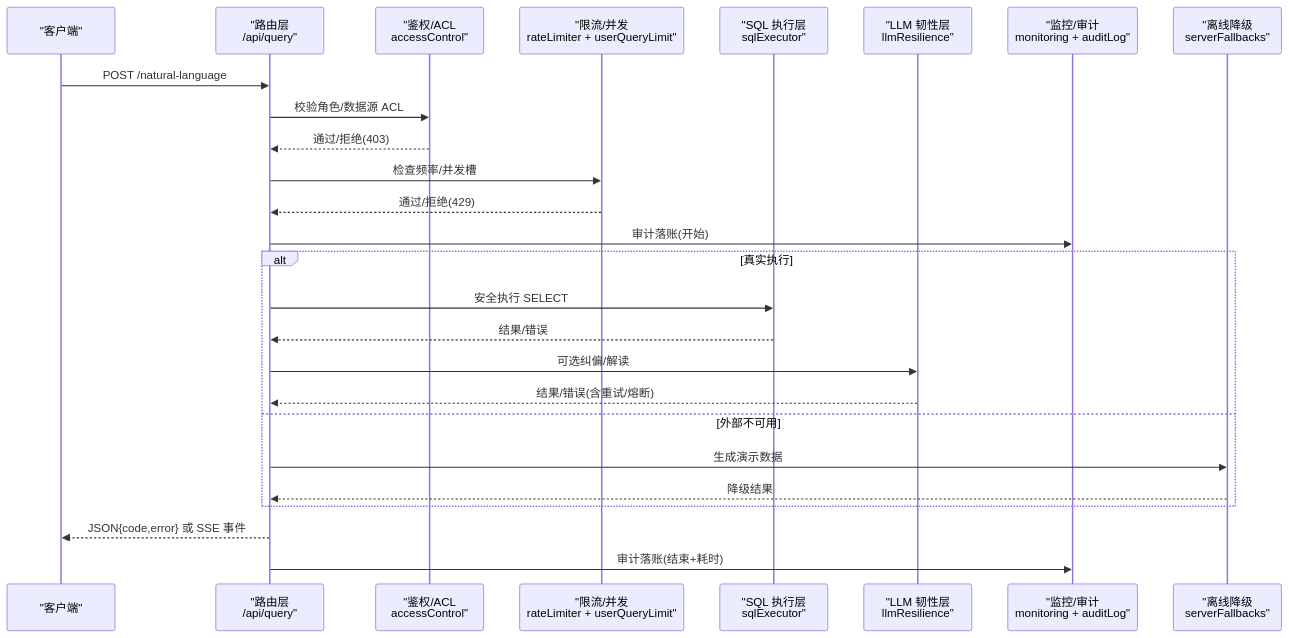
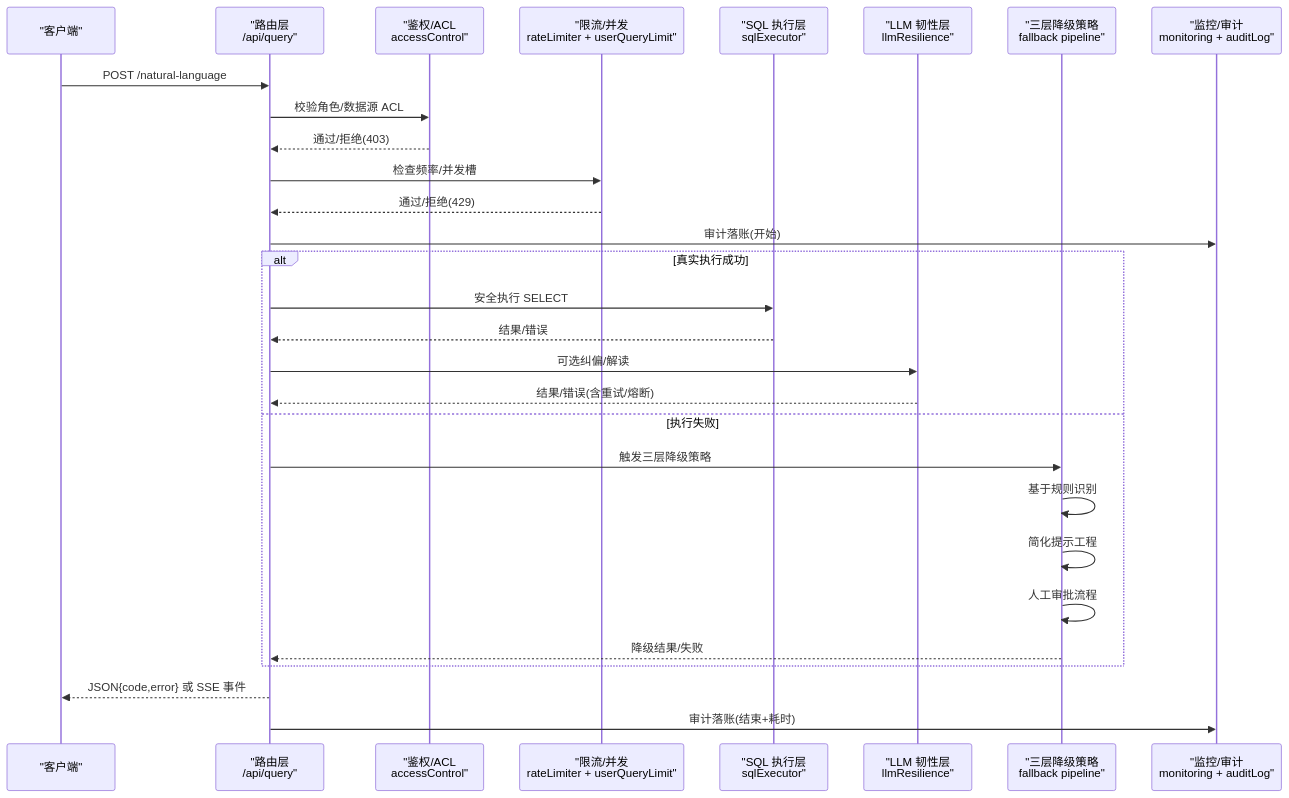
Before and after one commit to dgjin/smart-data-analytics: the second of 9 diagrams in .qoder/repowiki/zh/content/后端服务/API设计与规范/错误处理策略.md, drawn with Mermaid. The commit also changed other lines of this file and 10 other files, not shown here.

````diff
--- a/.qoder/repowiki/zh/content/后端服务/API设计与规范/错误处理策略.md
+++ b/.qoder/repowiki/zh/content/后端服务/API设计与规范/错误处理策略.md
@@ -94,28 +108,31 @@
 ```mermaid
 sequenceDiagram
 participant Client as "客户端"
 participant Router as "路由层<br/>/api/query"
 participant Auth as "鉴权/ACL<br/>accessControl"
 participant Limiter as "限流/并发<br/>rateLimiter + userQueryLimit"
 participant Executor as "SQL 执行层<br/>sqlExecutor"
 participant LLM as "LLM 韧性层<br/>llmResilience"
+participant Fallback as "三层降级策略<br/>fallback pipeline"
 participant Mon as "监控/审计<br/>monitoring + auditLog"
-participant Fallback as "离线降级<br/>serverFallbacks"
 Client->>Router : POST /natural-language
 Router->>Auth : 校验角色/数据源 ACL
 Auth-->>Router : 通过/拒绝(403)
 Router->>Limiter : 检查频率/并发槽
 Limiter-->>Router : 通过/拒绝(429)
 Router->>Mon : 审计落账(开始)
-alt 真实执行
+alt 真实执行成功
 Router->>Executor : 安全执行 SELECT
 Executor-->>Router : 结果/错误
 Router->>LLM : 可选纠偏/解读
 LLM-->>Router : 结果/错误(含重试/熔断)
-else 外部不可用
-Router->>Fallback : 生成演示数据
-Fallback-->>Router : 降级结果
+else 执行失败
+Router->>Fallback : 触发三层降级策略
+Fallback->>Fallback : 基于规则识别
+Fallback->>Fallback : 简化提示工程
+Fallback->>Fallback : 人工审批流程
+Fallback-->>Router : 降级结果/失败
 end
 Router-->>Client : JSON{code,error} 或 SSE 事件
 Router->>Mon : 审计落账(结束+耗时)
 ```
````
